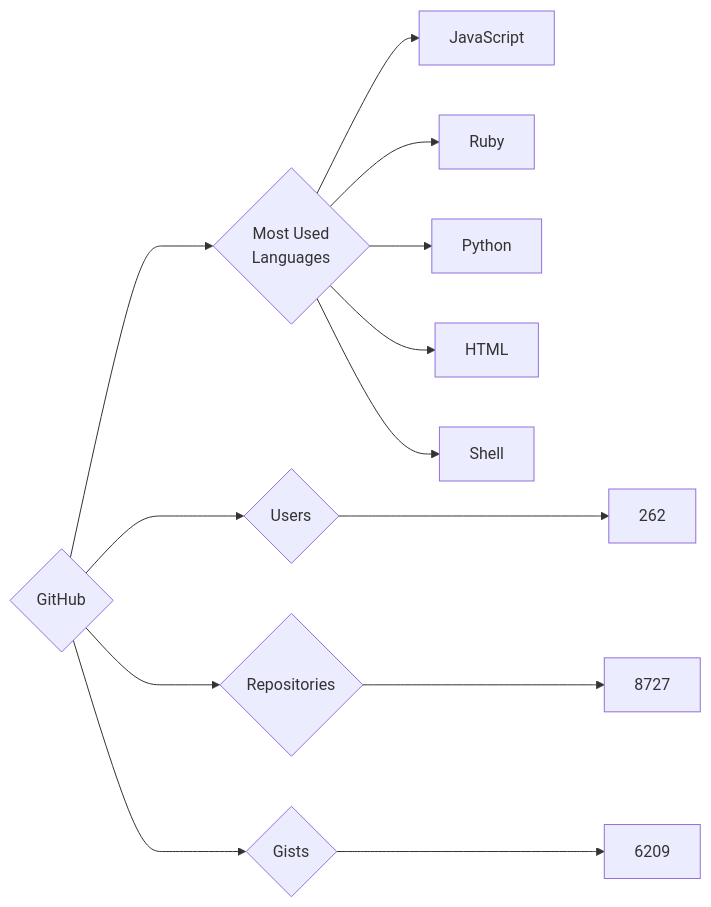
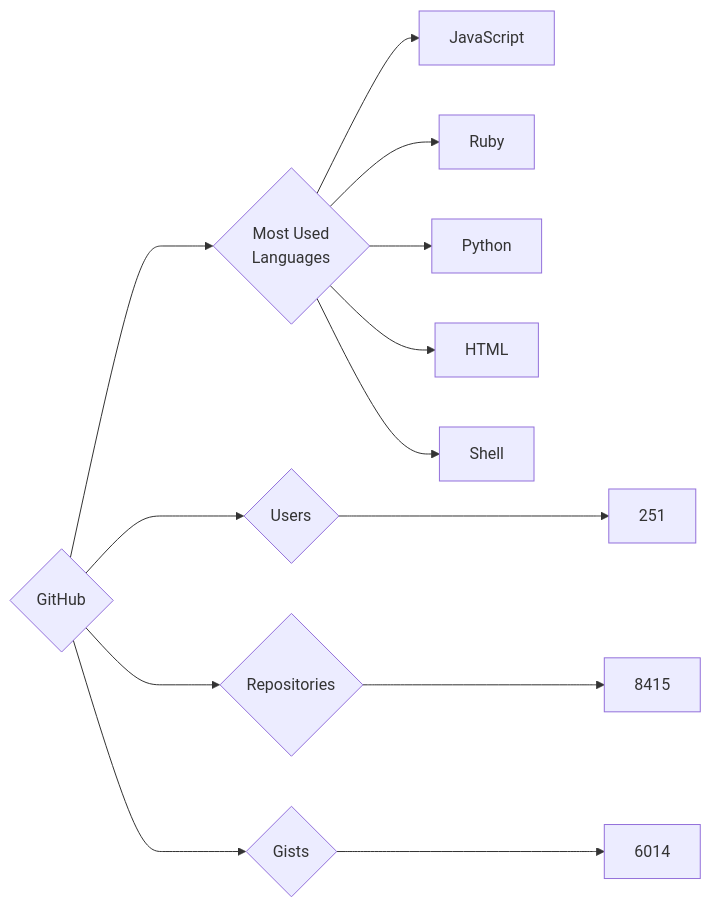
One commit to trickest/insiders changed the diagram in targets/GitHub/README.md. Above: the diagram before and after it, drawn with Mermaid. The commit also changed 748 other files, not shown here.

````diff
--- a/targets/GitHub/README.md
+++ b/targets/GitHub/README.md
@@ -3,13 +3,13 @@
 ```mermaid
 graph LR
 COMPANY_NAME{GitHub}
-COMPANY_NAME ---> U{Users} ---> UN[262]
-COMPANY_NAME ---> R{Repositories} ---> RN[8727]
-COMPANY_NAME ---> G{Gists} ---> GN[6209]
+COMPANY_NAME ---> U{Users} ---> UN[251]
+COMPANY_NAME ---> R{Repositories} ---> RN[8415]
+COMPANY_NAME ---> G{Gists} ---> GN[6014]
 COMPANY_NAME ---> ML{Most Used<br>Languages}
 ML --> JavaScript[JavaScript]
 ML --> Ruby[Ruby]
 ML --> Python[Python]
 ML --> HTML[HTML]
 ML --> Shell[Shell]
 ```
````
